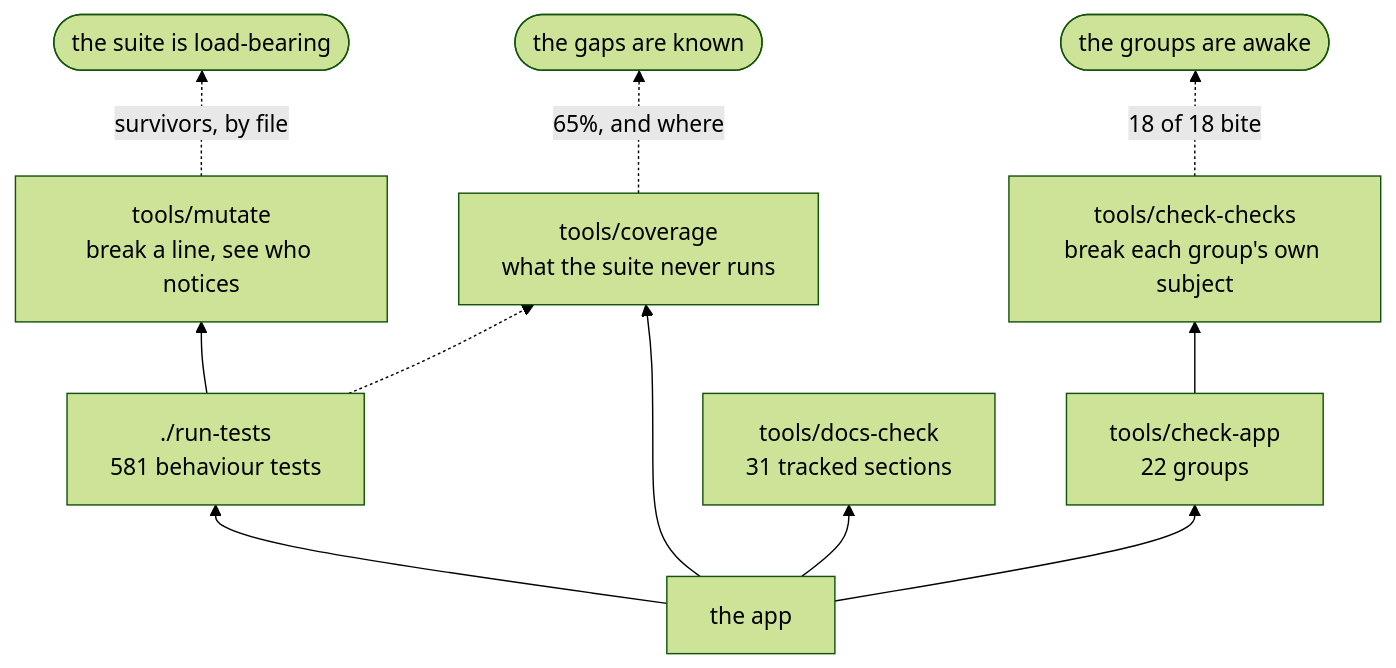
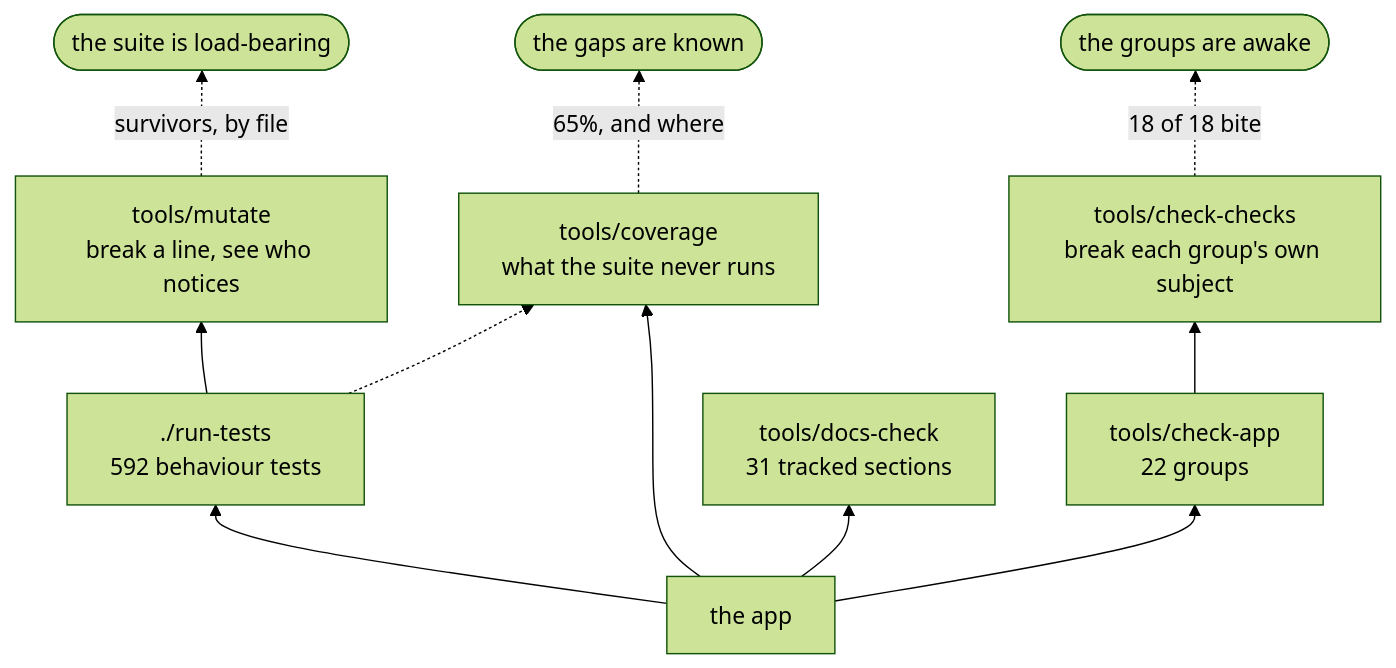
One commit to minormending/crystal-pilot-mobile changed the second of 2 diagrams in docs/DEVELOPING.md. Above: the diagram before and after it, drawn with Mermaid (forest theme). The commit also changed other lines of this file and 16 other files, not shown here.

````diff
--- a/docs/DEVELOPING.md
+++ b/docs/DEVELOPING.md
@@ -124,13 +124,13 @@
 ```mermaid
 flowchart BT
-    C["the app"] --> T["./run-tests<br/>581 behaviour tests"]
+    C["the app"] --> T["./run-tests<br/>592 behaviour tests"]
     C --> A["tools/check-app<br/>22 groups"]
     C --> D["tools/docs-check<br/>31 tracked sections"]
     C --> V["tools/coverage<br/>what the suite never runs"]
     T --> M["tools/mutate<br/>break a line, see who notices"]
     A --> K["tools/check-checks<br/>break each group's own subject"]
     T -.-> V
     M -.->|"survivors, by file"| R(["the suite is load-bearing"])
     K -.->|"18 of 18 bite"| R2(["the groups are awake"])
     V -.->|"65%, and where"| R3(["the gaps are known"])
 ```
````
